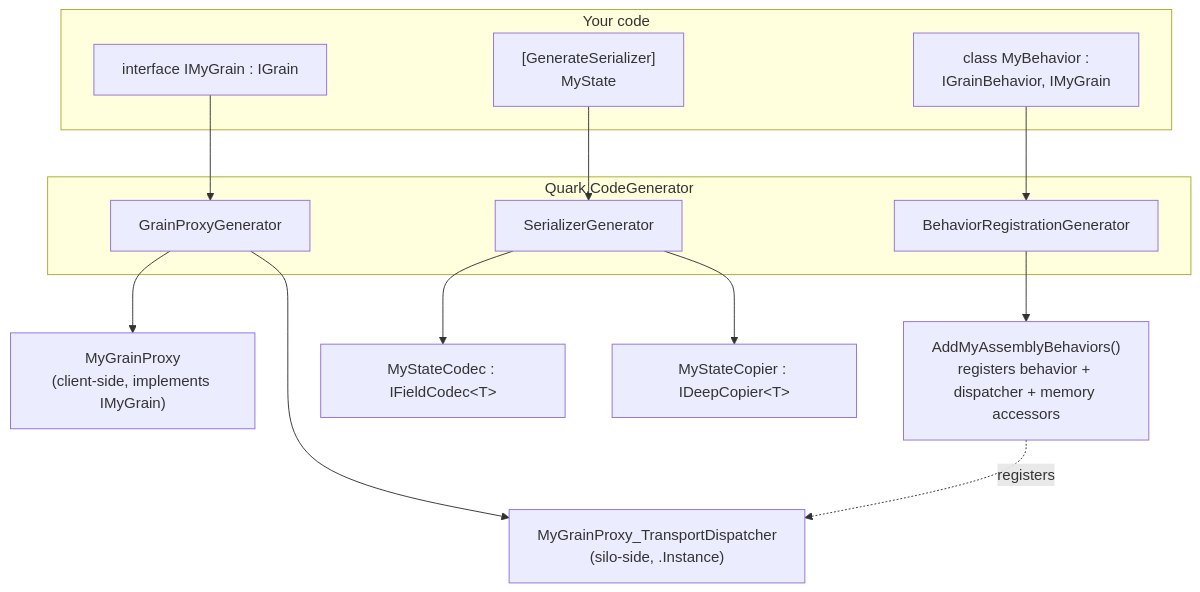
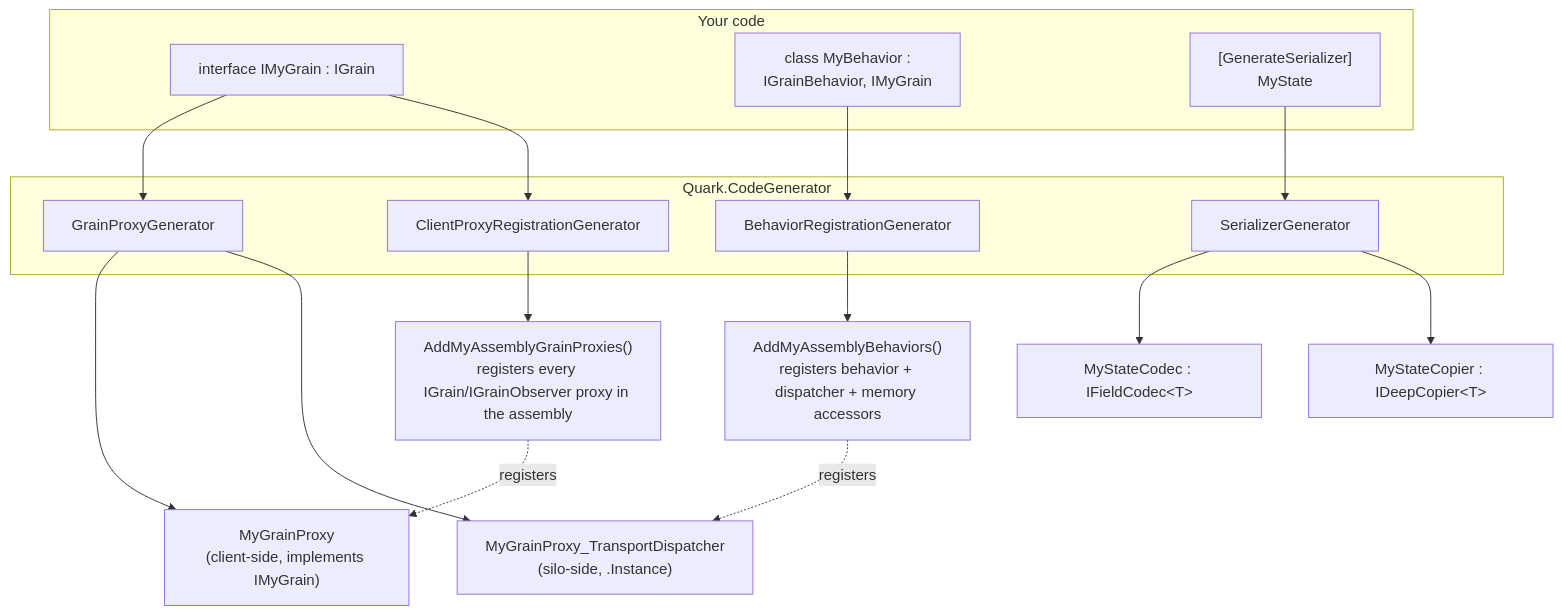
Before and after one commit to thnak/Quark: the first of 2 diagrams in wiki/Source-Generators.md, drawn with Mermaid. The commit also changed other lines of this file and 5 other files, not shown here.

First line of the commit message:
wiki: document ClientProxyRegistrationGenerator, prefer generated grain registration

````diff
--- a/wiki/Source-Generators.md
+++ b/wiki/Source-Generators.md
@@ -11,24 +11,28 @@
 ```mermaid
 flowchart TB
     subgraph You["Your code"]
         IFACE["interface IMyGrain : IGrain"]
         BEH["class MyBehavior :<br/>IGrainBehavior, IMyGrain"]
         DTO["[GenerateSerializer]<br/>MyState"]
     end
     subgraph Gen["Quark.CodeGenerator"]
         GPG[GrainProxyGenerator]
+        CPRG[ClientProxyRegistrationGenerator]
         BRG[BehaviorRegistrationGenerator]
         SG[SerializerGenerator]
     end
     IFACE --> GPG
+    IFACE --> CPRG
     BEH --> BRG
     DTO --> SG
 
     GPG --> PROXY["MyGrainProxy<br/>(client-side, implements IMyGrain)"]
     GPG --> DISP["MyGrainProxy_TransportDispatcher<br/>(silo-side, .Instance)"]
+    CPRG --> CREG["AddMyAssemblyGrainProxies()<br/>registers every IGrain/IGrainObserver proxy in the assembly"]
     BRG --> REG["AddMyAssemblyBehaviors()<br/>registers behavior + dispatcher + memory accessors"]
     SG --> CODEC["MyStateCodec : IFieldCodec&lt;T&gt;"]
     SG --> COPIER["MyStateCopier : IDeepCopier&lt;T&gt;"]
 
     REG -. registers .-> DISP
+    CREG -. registers .-> PROXY
 ```
````
